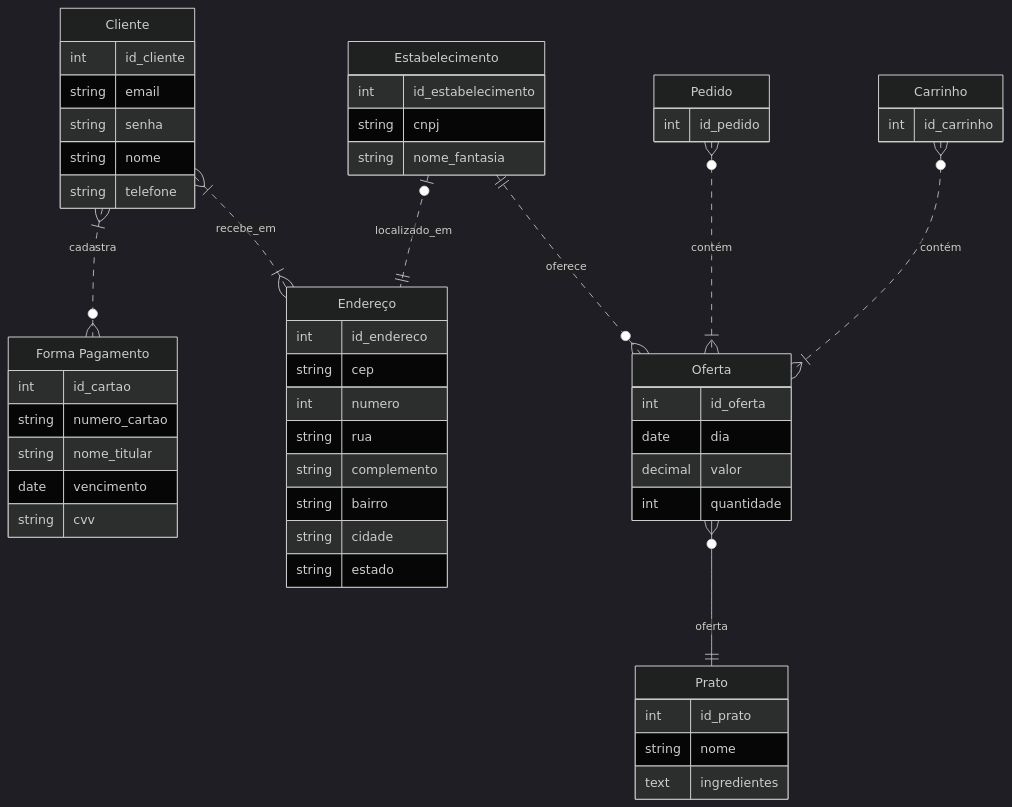
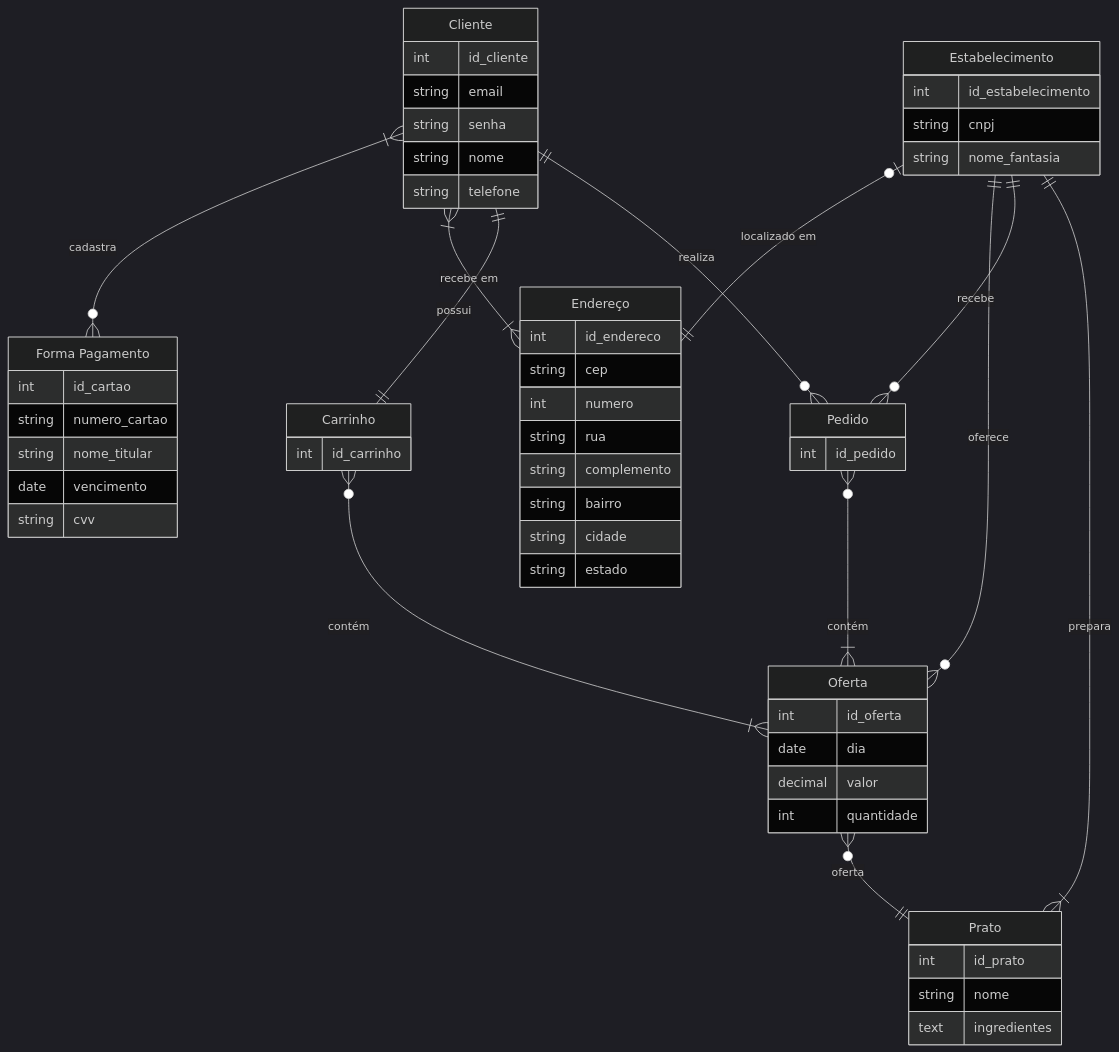
The diagram in docs/diagrams/entidade_relacionamento.mmd (fabriciomj/desafio-trainee-back), drawn with Mermaid before and after one commit.

Commit message:
Adiciona relacionamentos novos no diagrama
Além de mudar a notação das linhas do relacionamento, fazendo com que todas sejam linhas sólidas. Não existem relacionamentos não identificadores, já que todos os Models vão ter id gerados pelo Django.

```diff
--- a/docs/diagrams/entidade_relacionamento.mmd
+++ b/docs/diagrams/entidade_relacionamento.mmd
@@ -1,66 +1,70 @@
 ---
 config:
   theme: dark
 ---
 erDiagram
   Cliente {
     int id_cliente
     string email
     string senha
     string nome
     string telefone
   }
 
   Forma_Pagamento["Forma Pagamento"]  {
     int id_cartao
     string numero_cartao
     string nome_titular
     date vencimento
     string cvv
   }
 
   Estabelecimento {
     int id_estabelecimento
     string cnpj
     string nome_fantasia
   }
 
   Endereco["Endereço"] {
     int id_endereco
     string cep
     int numero
     string rua
     string complemento
     string bairro
     string cidade
     string estado
   }
 
   Prato {
     int id_prato
     string nome
     text ingredientes
   }
 
   Pedido {
     int id_pedido
   }
 
   Oferta {
     int id_oferta
     date dia
     decimal valor
     int quantidade
   }
 
   Carrinho {
     int id_carrinho
   }
 
-  Cliente }|..o{ Forma_Pagamento : cadastra
-  Estabelecimento |o..|| Endereco : localizado_em
-  Cliente }|..|{ Endereco : recebe_em
-  Estabelecimento ||..o{ Oferta : oferece
+  Cliente }|--o{ Forma_Pagamento : cadastra
+  Estabelecimento |o--|| Endereco : "localizado em"
+  Cliente }|--|{ Endereco : "recebe em"
+  Estabelecimento ||--o{ Oferta : oferece
   Oferta }o--|| Prato : oferta
-  Pedido }o..|{ Oferta : "contém"
-  Carrinho }o..|{ Oferta : "contém"
+  Pedido }o--|{ Oferta : "contém"
+  Carrinho }o--|{ Oferta : "contém"
+  Cliente ||--|| Carrinho : possui
+  Cliente ||--o{ Pedido : realiza
+  Estabelecimento ||--o{ Pedido : recebe
+  Estabelecimento ||--|{ Prato : prepara
```
